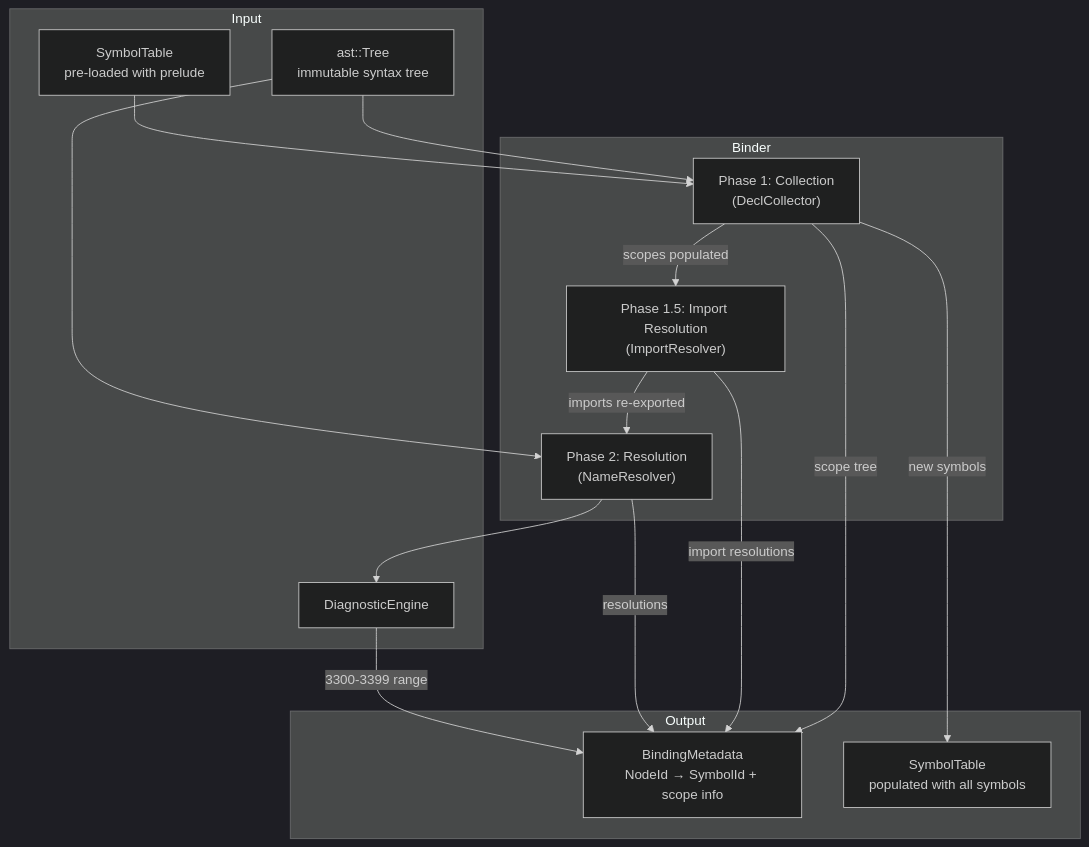
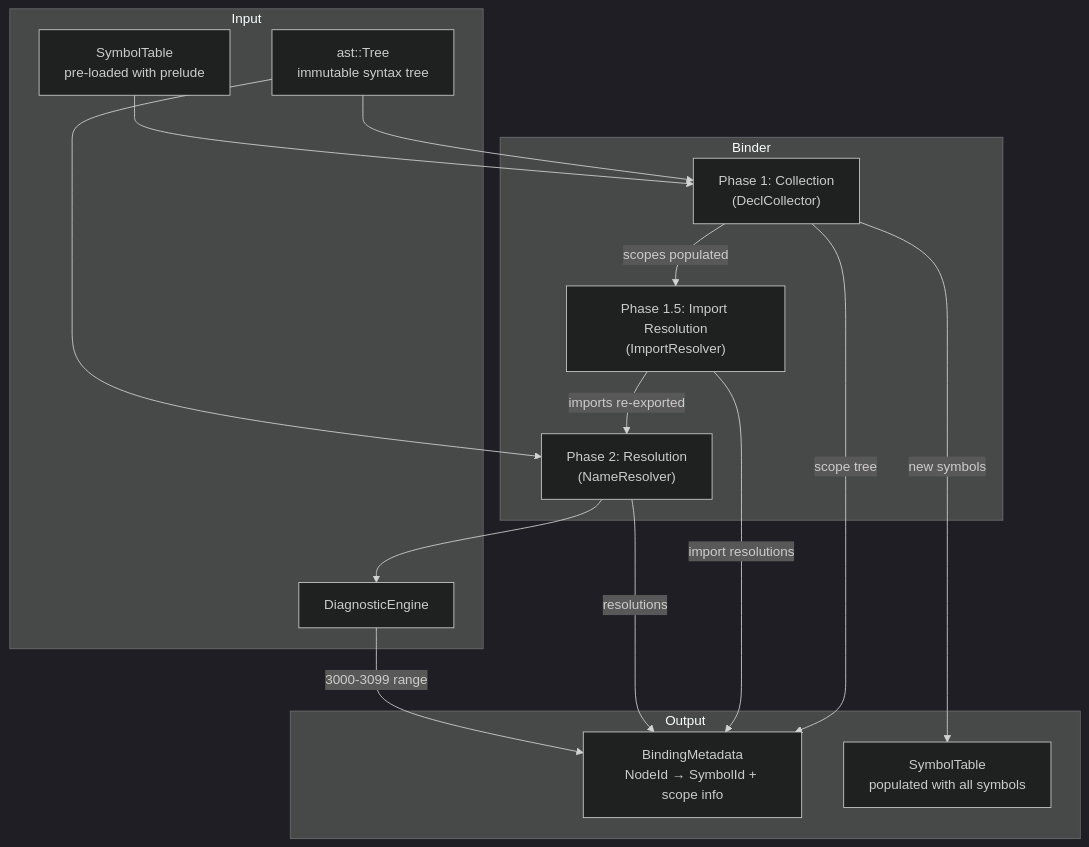
The diagram in docs/rfc/0004-binder-architecture.md (Zzzode/ZOM), drawn with Mermaid (dark theme) before and after one commit. The commit also changed other lines of this file and 70 other files, not shown here.

````diff
--- a/docs/rfc/0004-binder-architecture.md
+++ b/docs/rfc/0004-binder-architecture.md
@@ -242,31 +242,31 @@
 ```mermaid
 flowchart TD
     subgraph "Input"
         AST[ast::Tree<br/>immutable syntax tree]
         ST[SymbolTable<br/>pre-loaded with prelude]
         DE[DiagnosticEngine]
     end
 
     subgraph "Binder"
         P1["Phase 1: Collection<br/>(DeclCollector)"]
         P15["Phase 1.5: Import Resolution<br/>(ImportResolver)"]
         P2["Phase 2: Resolution<br/>(NameResolver)"]
     end
 
     subgraph "Output"
         BM[BindingMetadata<br/>NodeId → SymbolId + scope info]
         ST2[SymbolTable<br/>populated with all symbols]
     end
 
     AST --> P1
     ST --> P1
     P1 -->|scopes populated| P15
     P15 -->|imports re-exported| P2
     AST --> P2
     P1 -->|scope tree| BM
     P15 -->|import resolutions| BM
     P2 -->|resolutions| BM
     P1 -->|new symbols| ST2
     P2 --> DE
-    DE -->|3300-3399 range| BM
+    DE -->|3000-3099 range| BM
 ```
````
